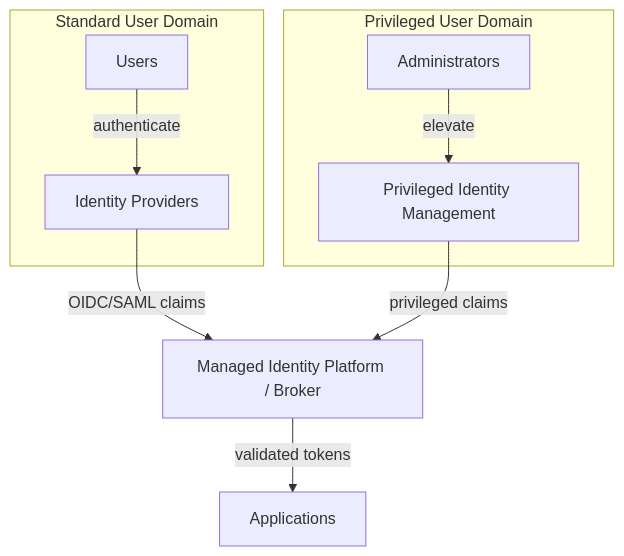
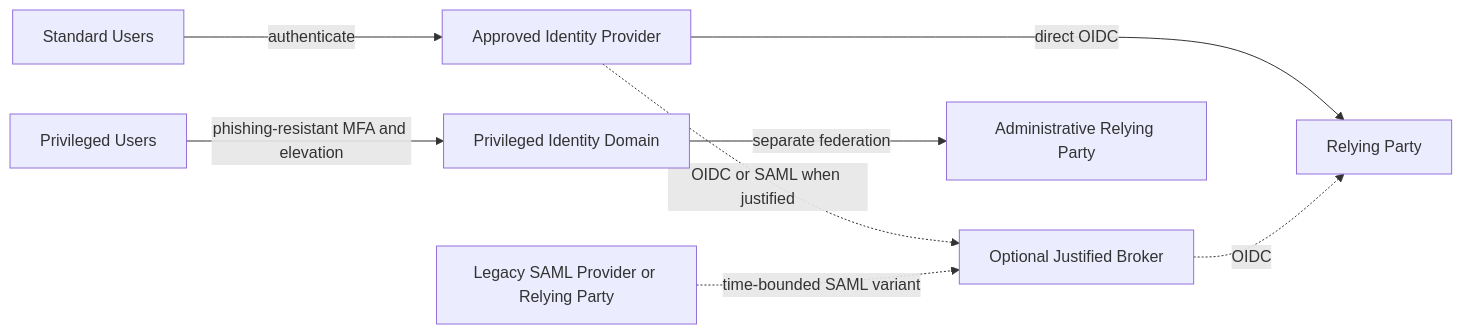
One commit to wagov-dtt/architecture-decision-records changed the diagram in reference-architectures/identity-management.md. Above: the diagram before and after it, drawn with Mermaid. The commit also changed other lines of this file and 35 other files, not shown here.

First line of the commit message:
Modernise cyber protection architecture guidance (#29)

````diff
--- a/reference-architectures/identity-management.md
+++ b/reference-architectures/identity-management.md
@@ -43,21 +83,19 @@
 ```mermaid
-flowchart TB
-    subgraph standard[Standard User Domain]
-        users[Users]
-        providers[Identity Providers]
-    end
+flowchart LR
+    users[Standard Users]
+    idp[Approved Identity Provider]
+    broker[Optional Justified Broker]
+    rp[Relying Party]
+    admins[Privileged Users]
+    pidp[Privileged Identity Domain]
+    adminrp[Administrative Relying Party]
+    legacy[Legacy SAML Provider or Relying Party]
 
-    subgraph privileged[Privileged User Domain]
-        admins[Administrators]
-        pim[Privileged Identity Management]
-    end
-
-    platform[Managed Identity Platform / Broker]
-    apps[Applications]
-
-    users -->|authenticate| providers
-    providers -->|OIDC/SAML claims| platform
-    admins -->|elevate| pim
-    pim -->|privileged claims| platform
-    platform -->|validated tokens| apps
+    users -->|authenticate| idp
+    idp -->|direct OIDC| rp
+    idp -.->|OIDC or SAML when justified| broker
+    broker -.->|OIDC| rp
+    admins -->|phishing-resistant MFA and elevation| pidp
+    pidp -->|separate federation| adminrp
+    legacy -.->|time-bounded SAML variant| broker
 ```
````
